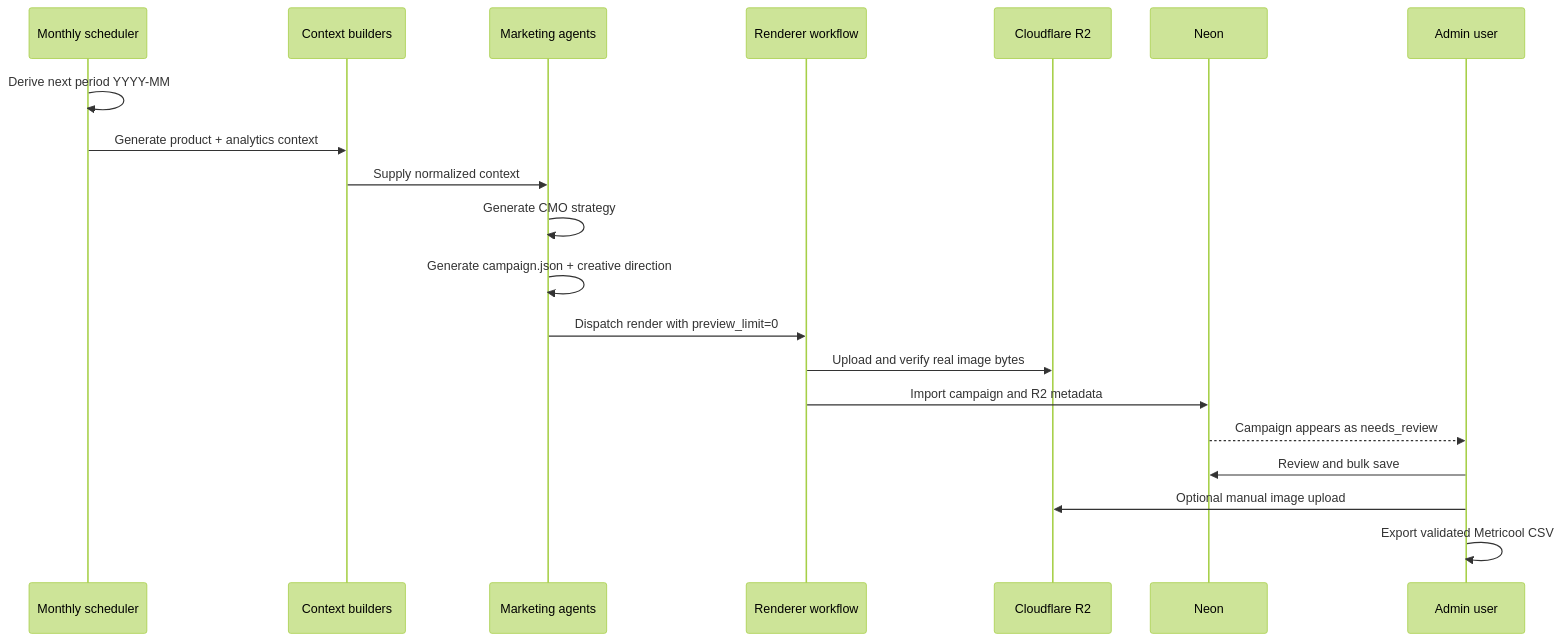
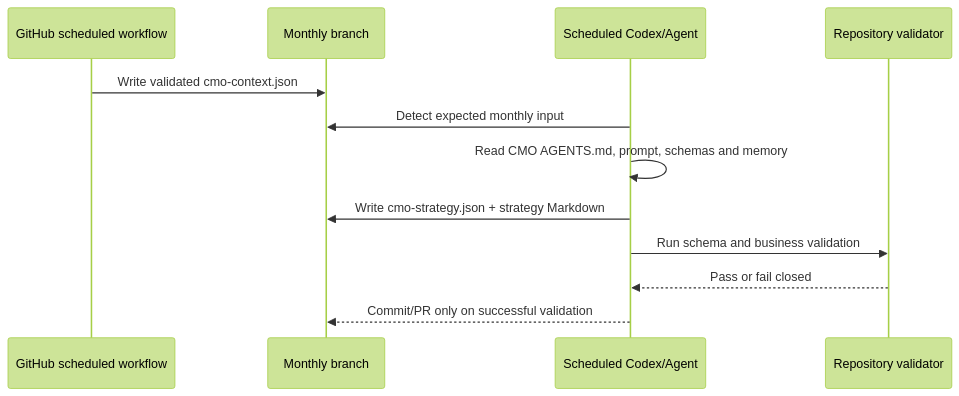
The third of 4 diagrams in Docs/marketing/automated-marketing-system.md (rfullivarri/innerbloomv3), drawn with Mermaid (forest theme) before and after one commit. The commit also changed other lines of this file, not shown here.

Commit message:
docs(marketing): define exact agent handoffs and scheduled execution options

````diff
--- a/Docs/marketing/automated-marketing-system.md
+++ b/Docs/marketing/automated-marketing-system.md
@@ -82,23 +217,15 @@
 ```mermaid
 sequenceDiagram
-  participant S as Monthly scheduler
-  participant C as Context builders
-  participant A as Marketing agents
-  participant R as Renderer workflow
-  participant R2 as Cloudflare R2
-  participant N as Neon
-  participant U as Admin user
+  participant G as GitHub scheduled workflow
+  participant R as Monthly branch
+  participant C as Scheduled Codex/Agent
+  participant V as Repository validator
 
-  S->>S: Derive next period YYYY-MM
-  S->>C: Generate product + analytics context
-  C->>A: Supply normalized context
-  A->>A: Generate CMO strategy
-  A->>A: Generate campaign.json + creative direction
-  A->>R: Dispatch render with preview_limit=0
-  R->>R2: Upload and verify real image bytes
-  R->>N: Import campaign and R2 metadata
-  N-->>U: Campaign appears as needs_review
-  U->>N: Review and bulk save
-  U->>R2: Optional manual image upload
-  U->>U: Export validated Metricool CSV
+  G->>R: Write validated cmo-context.json
+  C->>R: Detect expected monthly input
+  C->>C: Read CMO AGENTS.md, prompt, schemas and memory
+  C->>R: Write cmo-strategy.json + strategy Markdown
+  C->>V: Run schema and business validation
+  V-->>C: Pass or fail closed
+  C-->>R: Commit/PR only on successful validation
 ```
````
